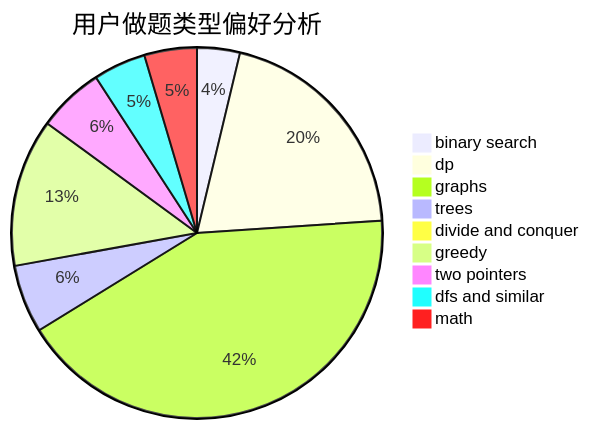
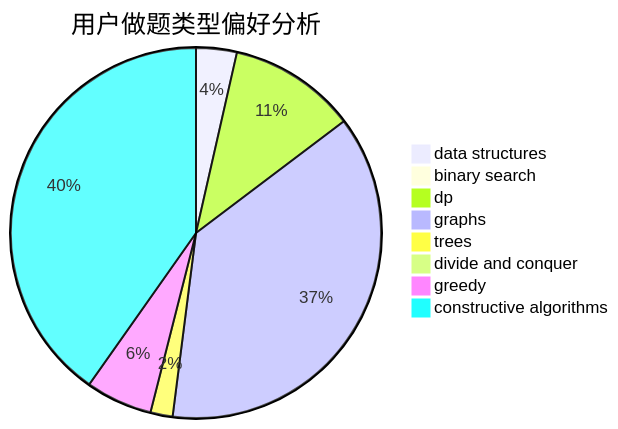
The second of 3 diagrams in docs/user/u1646.md (sherpahu/cfrs.github.io), drawn with Mermaid before and after one commit. The commit also changed other lines of this file and 2775 other files, not shown here.

````diff
--- a/docs/user/u1646.md
+++ b/docs/user/u1646.md
@@ -23,12 +23,11 @@
 ```mermaid
 pie title 用户做题类型偏好分析
-    "binary search" :  22
-    "dp" :  119
-    "graphs" :  249
-    "trees" :  35
+    "data structures" :  22
+    "binary search" :  4
+    "dp" :  69
+    "graphs" :  231
+    "trees" :  12
     "divide and conquer" :  0
-    "greedy" :  76
-    "two pointers" :  34
-    "dfs and similar" :  27
-    "math" :  27
+    "greedy" :  36
+    "constructive algorithms" :  249
 ```
````
